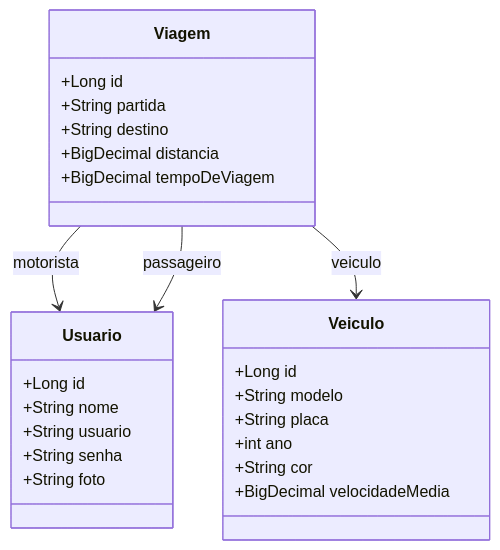
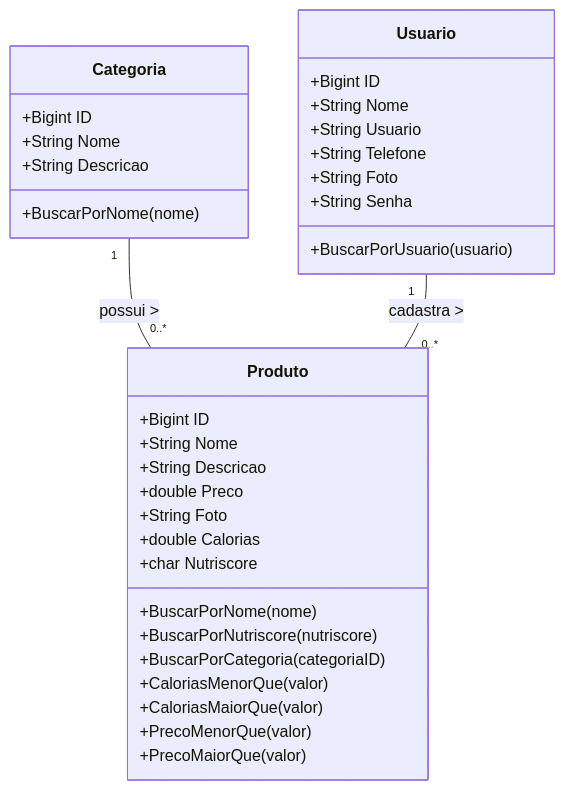
One commit to Grupo04TurmaJava82/delivery_spring changed the first of 2 diagrams in README.md. Above: the diagram before and after it, drawn with Mermaid. The commit also changed other lines of this file, not shown here.

````diff
--- a/README.md
+++ b/README.md
@@ -53,32 +53,37 @@
 ```mermaid
 classDiagram
+    class Categoria {
+        +Bigint ID
+        +String Nome
+        +String Descricao
+        +BuscarPorNome(nome)
+    }
+    class Produto {
+        +Bigint ID
+        +String Nome
+        +String Descricao
+        +double Preco
+        +String Foto
+        +double Calorias
+        +char Nutriscore
+        +BuscarPorNome(nome)
+        +BuscarPorNutriscore(nutriscore)
+        +BuscarPorCategoria(categoriaID)
+        +CaloriasMenorQue(valor)
+        +CaloriasMaiorQue(valor)
+        +PrecoMenorQue(valor)
+        +PrecoMaiorQue(valor)
+    }
     class Usuario {
-        +Long id
-        +String nome
-        +String usuario
-        +String senha
-        +String foto
+        +Bigint ID
+        +String Nome
+        +String Usuario
+        +String Telefone
+        +String Foto
+        +String Senha
+        +BuscarPorUsuario(usuario)
     }
 
-    class Veiculo {
-        +Long id
-        +String modelo
-        +String placa
-        +int ano
-        +String cor
-        +BigDecimal velocidadeMedia
-    }
-
-    class Viagem {
-        +Long id
-        +String partida
-        +String destino
-        +BigDecimal distancia
-        +BigDecimal tempoDeViagem
-    }
-
-    Viagem --> Usuario : motorista
-    Viagem --> Usuario : passageiro
-    Viagem --> Veiculo : veiculo
-
+    Categoria "1" -- "0..*" Produto : possui >
+    Usuario "1" -- "0..*" Produto : cadastra >
 ```
````
